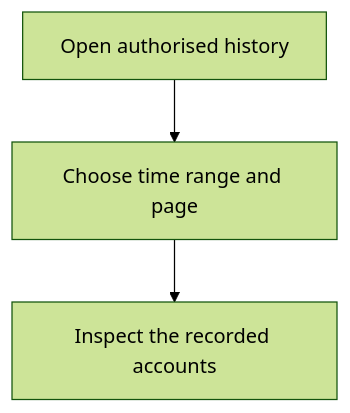
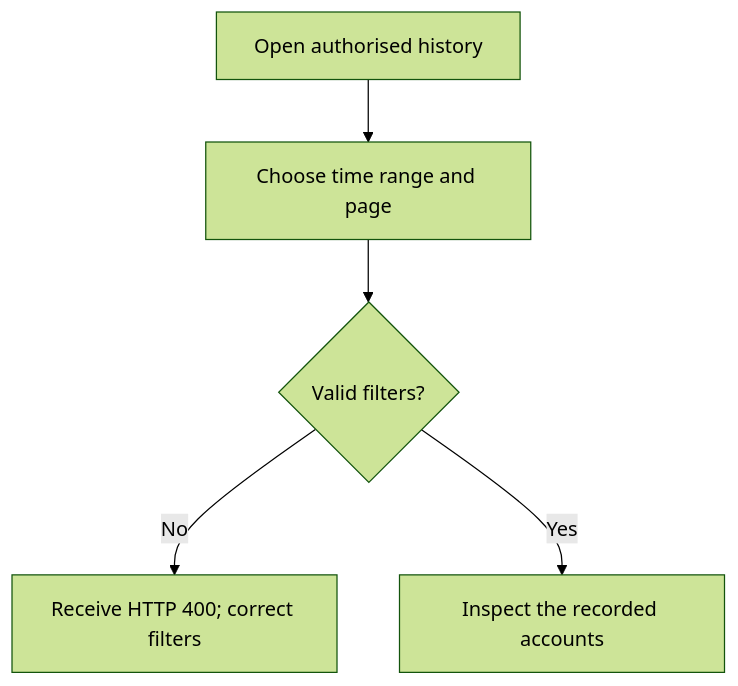
One commit to Kevinjohn/oss-adonisjs-masquerade changed the first of 2 diagrams in user-stories/audit-business-work/us-audit-03-review-transition-history.md. Above: the diagram before and after it, drawn with Mermaid (forest theme). The commit also changed other lines of this file and 22 other files, not shown here.

Commit message:
docs: verify user story paths and Mermaid flows against implementation

````diff
--- a/user-stories/audit-business-work/us-audit-03-review-transition-history.md
+++ b/user-stories/audit-business-work/us-audit-03-review-transition-history.md
@@ -20,5 +20,7 @@
 ```mermaid
 flowchart TD
     A["Open authorised history"] --> B["Choose time range and page"]
-    B["Choose time range and page"] --> C["Inspect the recorded accounts"]
+    B --> Q{"Valid filters?"}
+    Q -->|No| R["Receive HTTP 400; correct filters"]
+    Q -->|Yes| C["Inspect the recorded accounts"]
 ```
````
